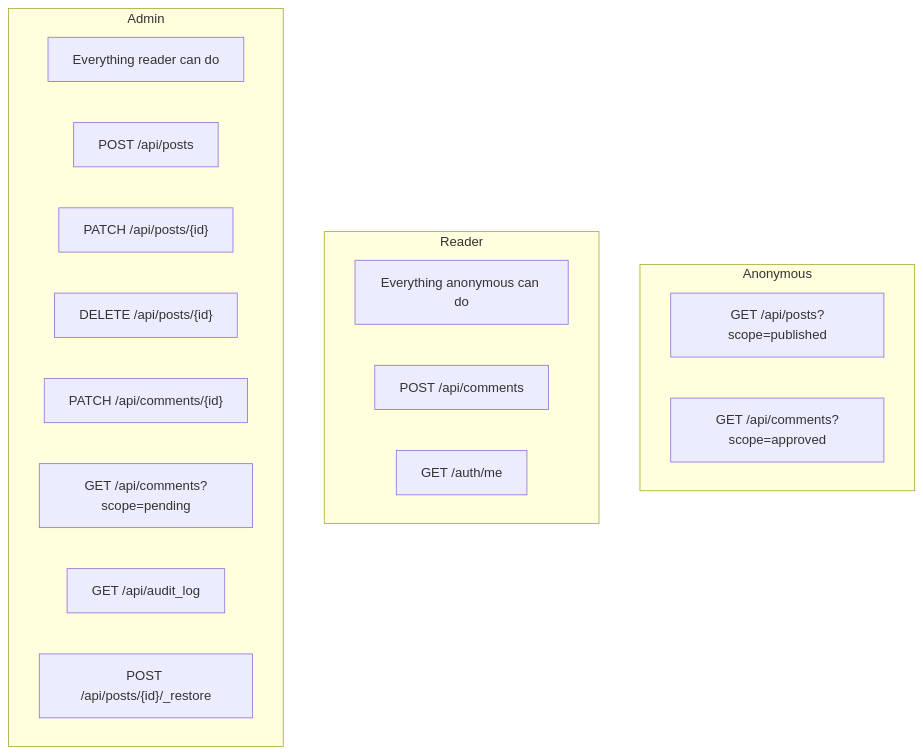
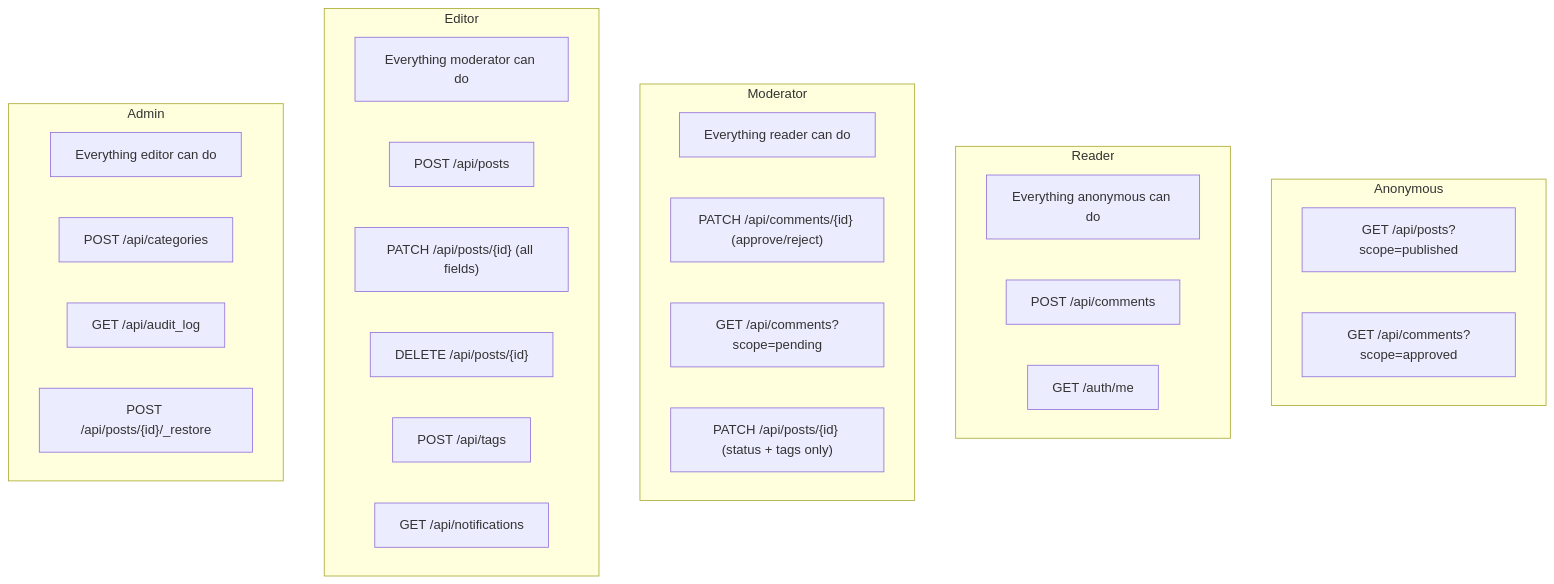
Before and after one commit to ranfysvalle02/blog-zero: the second of 2 diagrams in BLOG_101.md, drawn with Mermaid. The commit also changed other lines of this file and 17 other files, not shown here.

````diff
--- a/BLOG_101.md
+++ b/BLOG_101.md
@@ -584,24 +894,36 @@
 ```mermaid
 flowchart TD
     subgraph anon [Anonymous]
         A1["GET /api/posts?scope=published"]
         A2["GET /api/comments?scope=approved"]
     end
 
     subgraph reader [Reader]
         R1["Everything anonymous can do"]
         R2["POST /api/comments"]
         R3["GET /auth/me"]
     end
 
+    subgraph moderator [Moderator]
+        M1["Everything reader can do"]
+        M2["PATCH /api/comments/{id} (approve/reject)"]
+        M3["GET /api/comments?scope=pending"]
+        M4["PATCH /api/posts/{id} (status + tags only)"]
+    end
+
+    subgraph editor [Editor]
+        E1["Everything moderator can do"]
+        E2["POST /api/posts"]
+        E3["PATCH /api/posts/{id} (all fields)"]
+        E4["DELETE /api/posts/{id}"]
+        E5["POST /api/tags"]
+        E6["GET /api/notifications"]
+    end
+
     subgraph admin [Admin]
-        AD1["Everything reader can do"]
-        AD2["POST /api/posts"]
-        AD3["PATCH /api/posts/{id}"]
-        AD4["DELETE /api/posts/{id}"]
-        AD5["PATCH /api/comments/{id}"]
-        AD6["GET /api/comments?scope=pending"]
-        AD7["GET /api/audit_log"]
-        AD8["POST /api/posts/{id}/_restore"]
+        AD1["Everything editor can do"]
+        AD2["POST /api/categories"]
+        AD3["GET /api/audit_log"]
+        AD4["POST /api/posts/{id}/_restore"]
     end
 ```
````
